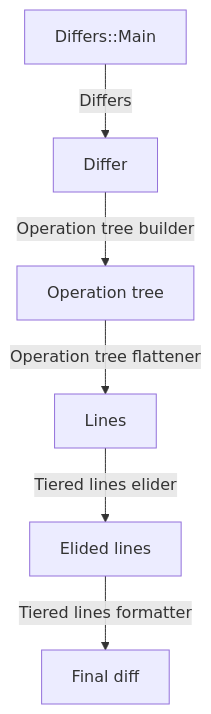
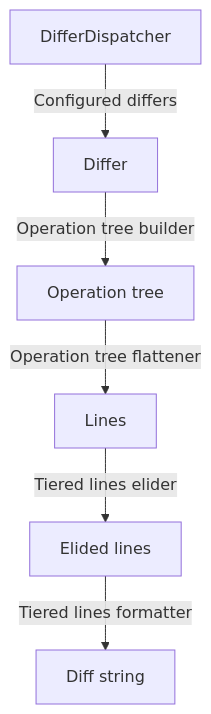
Before and after one commit to splitwise/super_diff: the diagram in docs/contributors/architecture/how-super-diff-works.md, drawn with Mermaid. The commit also changed other lines of this file and 1 other file, not shown here.

First line of the commit message:
Correct references in architecture docs (#233)

````diff
--- a/docs/contributors/architecture/how-super-diff-works.md
+++ b/docs/contributors/architecture/how-super-diff-works.md
@@ -179,8 +179,8 @@
 ```mermaid
 graph TB
-  DiffersMain["Differs::Main"] -- Differs --> Differ;
+  DifferDispatcher -- Configured differs --> Differ;
   Differ -- Operation tree builder --> OperationTree[Operation tree];
   OperationTree -- Operation tree flattener --> Lines;
   Lines -- Tiered lines elider --> ElidedLines[Elided lines];
-  ElidedLines -- Tiered lines formatter --> FinalDiff[Final diff];
+  ElidedLines -- Tiered lines formatter --> FinalDiff[Diff string];
 ```
````
